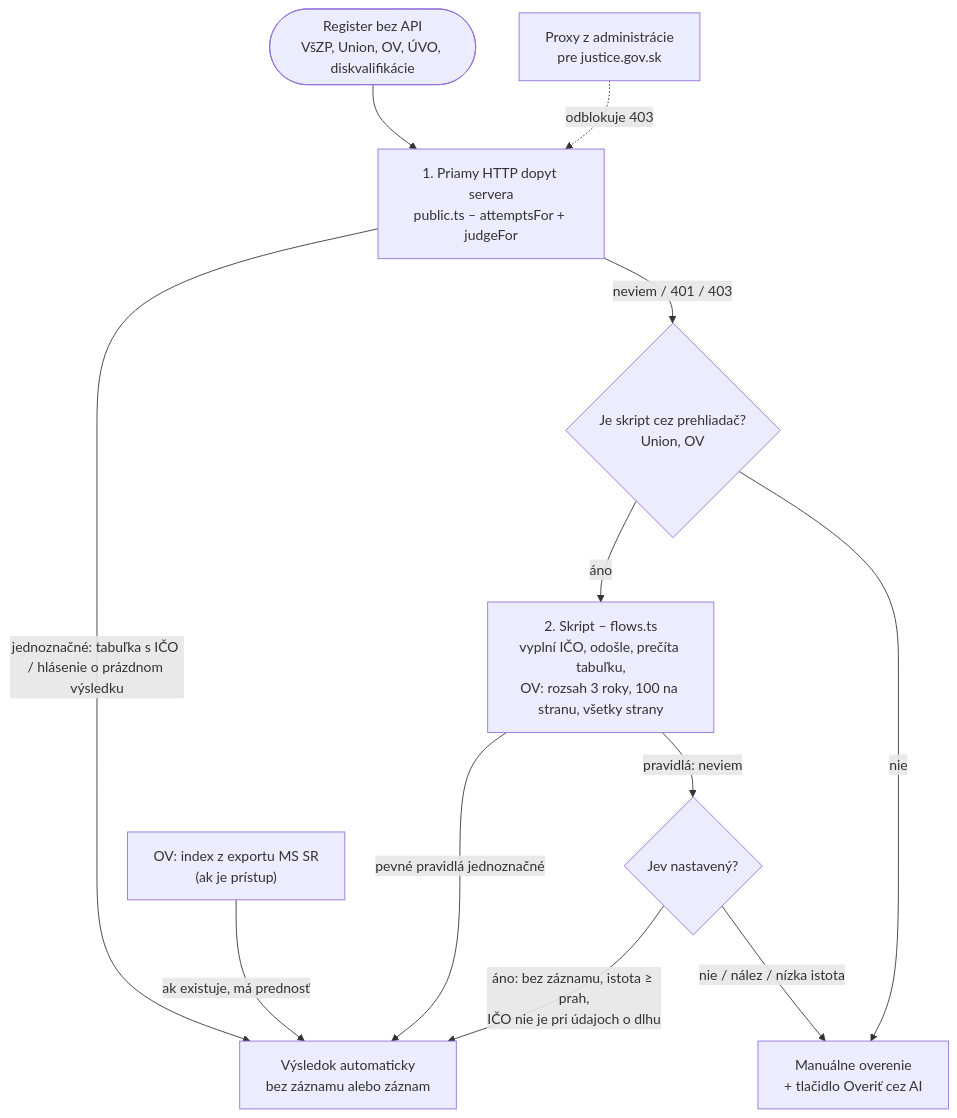
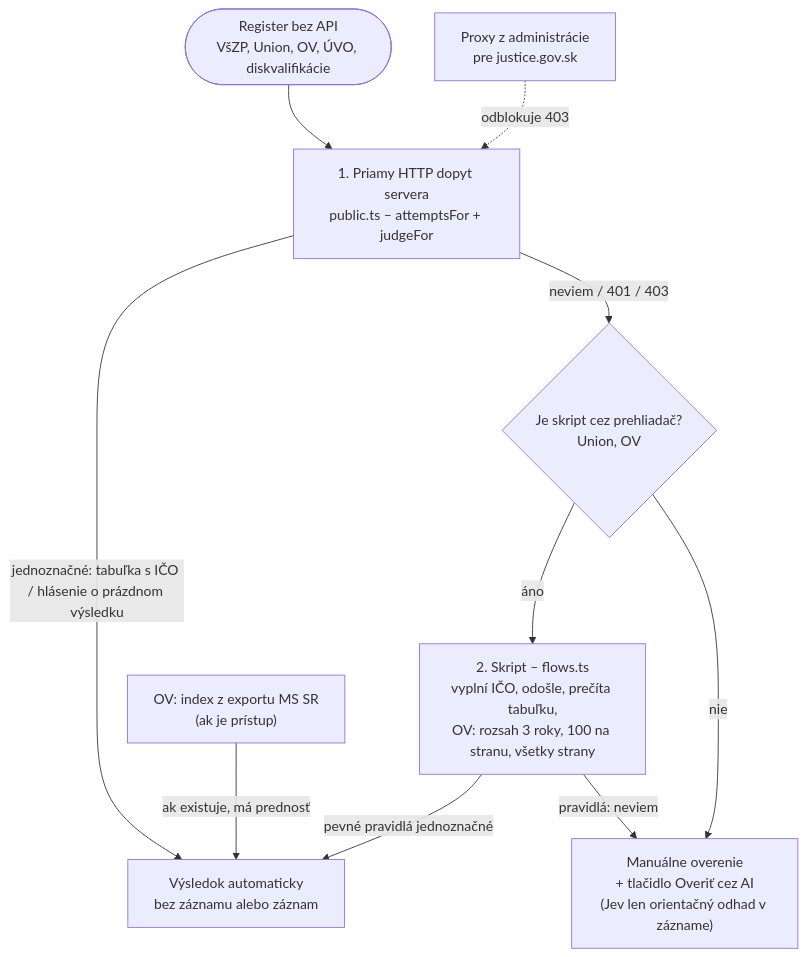
One commit to anty11/eM changed the third of 7 diagrams in overenie-ico/docs/ARCHITEKTURA.md. Above: the diagram before and after it, drawn with Mermaid. The commit also changed other lines of this file and 12 other files, not shown here.

First line of the commit message:
Právne obhájiteľné výsledky: Jev len orientačne, OV v AI cez pevný postup s dôkazom, kroky ľudskými slovami (v2.11.0)

````diff
--- a/overenie-ico/docs/ARCHITEKTURA.md
+++ b/overenie-ico/docs/ARCHITEKTURA.md
@@ -123,14 +123,12 @@
 ```mermaid
 flowchart TD
   START(["Register bez API<br/>VšZP, Union, OV, ÚVO, diskvalifikácie"]) --> HTTP["1. Priamy HTTP dopyt servera<br/>public.ts – attemptsFor + judgeFor"]
   HTTP -->|"jednoznačné: tabuľka s IČO / hlásenie o prázdnom výsledku"| DONE["Výsledok automaticky<br/>bez záznamu alebo záznam"]
   HTTP -->|"neviem / 401 / 403"| BRW{"Je skript cez prehliadač?<br/>Union, OV"}
   BRW -->|áno| FLOW["2. Skript – flows.ts<br/>vyplní IČO, odošle, prečíta tabuľku,<br/>OV: rozsah 3 roky, 100 na stranu, všetky strany"]
   FLOW -->|"pevné pravidlá jednoznačné"| DONE
-  FLOW -->|"pravidlá: neviem"| J{"Jev nastavený?"}
-  J -->|"áno: bez záznamu, istota ≥ prah,<br/>IČO nie je pri údajoch o dlhu"| DONE
-  J -->|"nie / nález / nízka istota"| MAN["Manuálne overenie<br/>+ tlačidlo Overiť cez AI"]
+  FLOW -->|"pravidlá: neviem"| MAN["Manuálne overenie<br/>+ tlačidlo Overiť cez AI<br/>(Jev len orientačný odhad v zázname)"]
   BRW -->|nie| MAN
   OVX["OV: index z exportu MS SR<br/>(ak je prístup)"] -->|"ak existuje, má prednosť"| DONE
   PX["Proxy z administrácie<br/>pre justice.gov.sk"] -.->|"odblokuje 403"| HTTP
 ```
````
